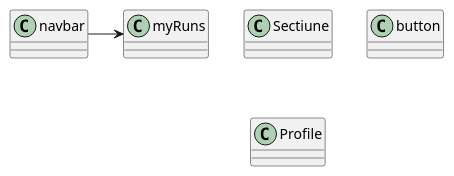
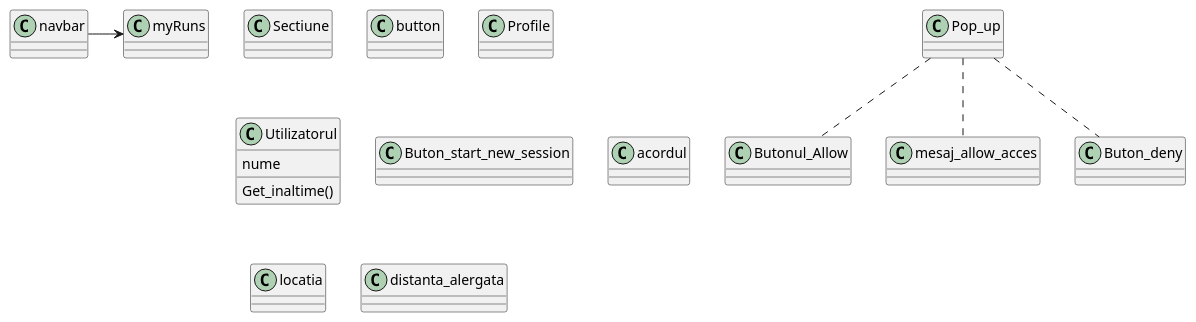
One commit to kechillosh/req changed the diagram in ok.puml. Above: the diagram before and after it, drawn with PlantUML. The commit also changed 3 other files, not shown here.

Commit message:
schimbare la use case/req alege butonul "Allow"

```diff
--- a/ok.puml
+++ b/ok.puml
@@ -1,17 +1,51 @@
 @startuml
 'https://plantuml.com/class-diagram
 class Sectiune{
 }
 class navbar{
 }
 class button{
 }
 class myRuns{
 }
 class Profile{
 }
 
 navbar -> myRuns
 
+class Utilizatorul{
+nume
+Get_inaltime()
+}
+
+class Butonul_Allow{
+
+}
+
+class Pop_up{
+}
+
+class Buton_start_new_session{
+}
+
+class acordul{
+}
+
+class locatia{
+}
+
+class distanta_alergata{
+}
+
+class mesaj_allow_acces{
+}
+
+class Buton_deny{
+}
+
+Pop_up .. Buton_deny
+Pop_up .. Butonul_Allow
+Pop_up.. mesaj_allow_acces
+
 
 @enduml
```
